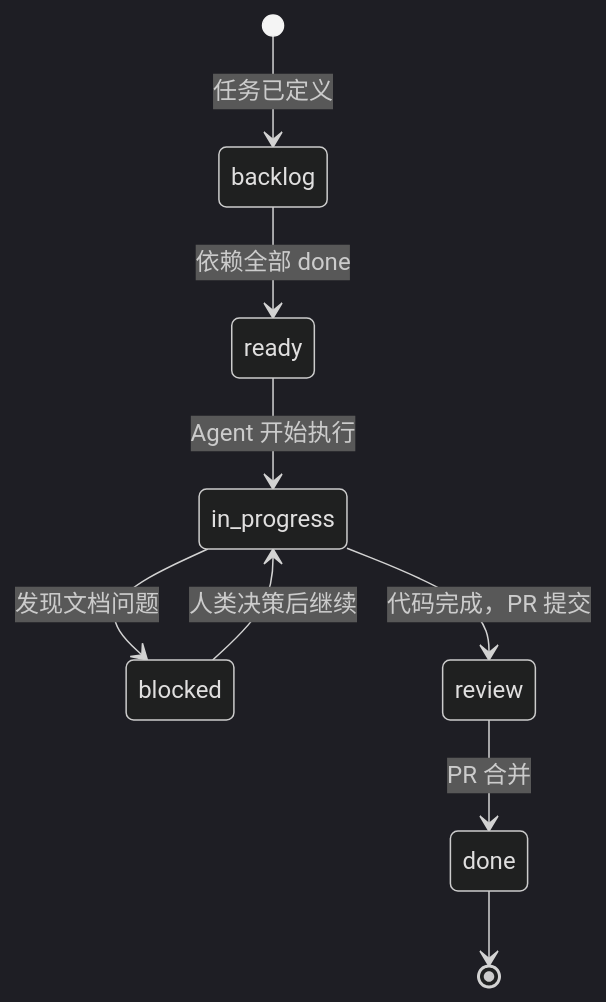
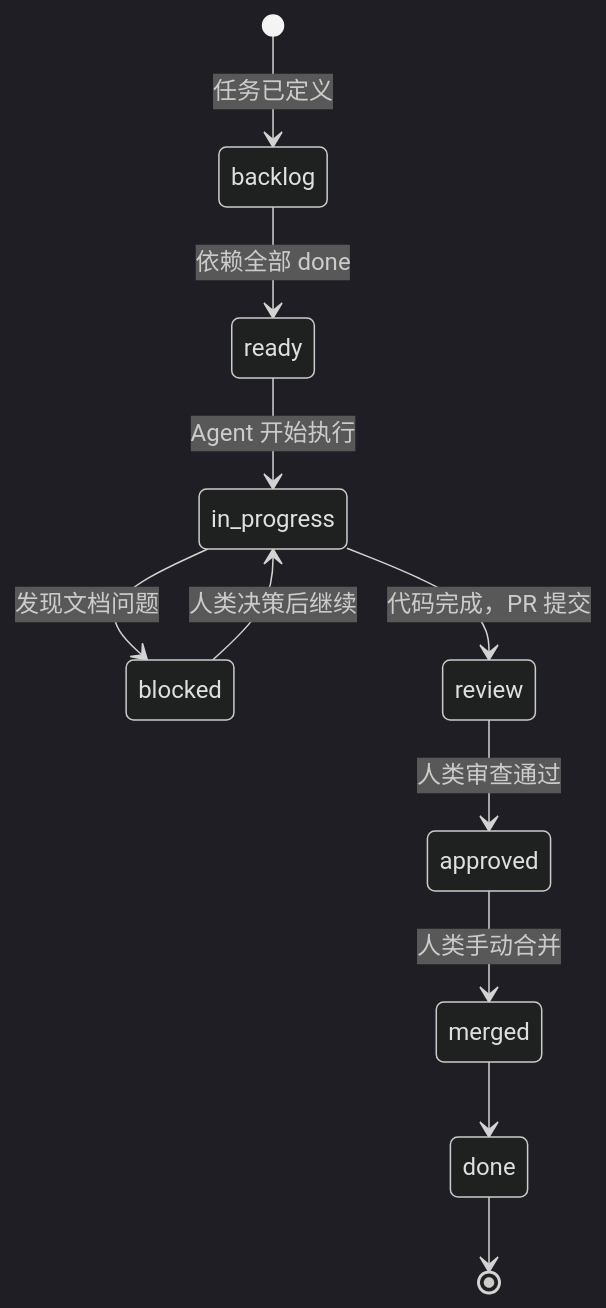
The third of 4 diagrams in AGENTS.md (LOGANSWP/Echo), drawn with Mermaid (dark theme) before and after one commit. The commit also changed other lines of this file, not shown here.

````diff
--- a/AGENTS.md
+++ b/AGENTS.md
@@ -814,11 +832,13 @@
 ```mermaid
 stateDiagram-v2
     [*] --> backlog: 任务已定义
     backlog --> ready: 依赖全部 done
     ready --> in_progress: Agent 开始执行
     in_progress --> blocked: 发现文档问题
     blocked --> in_progress: 人类决策后继续
     in_progress --> review: 代码完成，PR 提交
-    review --> done: PR 合并
+    review --> approved: 人类审查通过
+    approved --> merged: 人类手动合并
+    merged --> done
     done --> [*]
 ```
````
